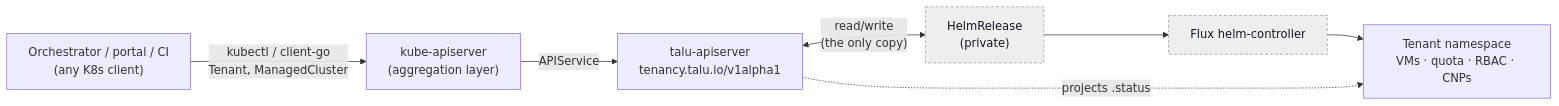
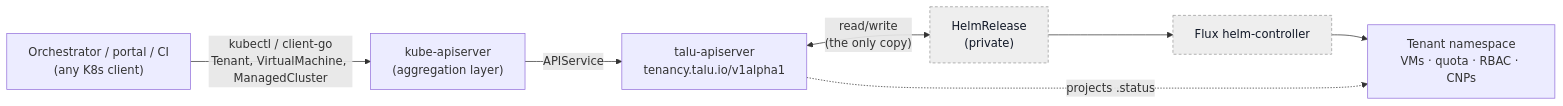
The diagram in docs/architecture/adr-api-layer.md (livenson/talu), drawn with Mermaid before and after one commit. The commit also changed other lines of this file, not shown here.

First line of the commit message:
docs(architecture): settle the two remaining API schema questions (ADR §10.1, §10.2)

````diff
--- a/docs/architecture/adr-api-layer.md
+++ b/docs/architecture/adr-api-layer.md
@@ -73,18 +73,18 @@
 ```mermaid
 graph LR
     ORCH["Orchestrator / portal / CI<br/>(any K8s client)"]
     KAS["kube-apiserver<br/>(aggregation layer)"]
     TAPI["talu-apiserver<br/>tenancy.talu.io/v1alpha1"]
     HR["HelmRelease<br/>(private)"]
     FLUX["Flux helm-controller"]
     TNS["Tenant namespace<br/>VMs · quota · RBAC · CNPs"]
 
-    ORCH -->|"kubectl / client-go<br/>Tenant, ManagedCluster"| KAS
+    ORCH -->|"kubectl / client-go<br/>Tenant, VirtualMachine, ManagedCluster"| KAS
     KAS -->|APIService| TAPI
     TAPI <-->|"read/write<br/>(the only copy)"| HR
     HR --> FLUX --> TNS
     TAPI -.->|"projects .status"| TNS
 
     classDef priv fill:#eeeeee,stroke:#999999,color:#111827,stroke-dasharray:4 3;
     class HR,FLUX priv;
 ```
````
